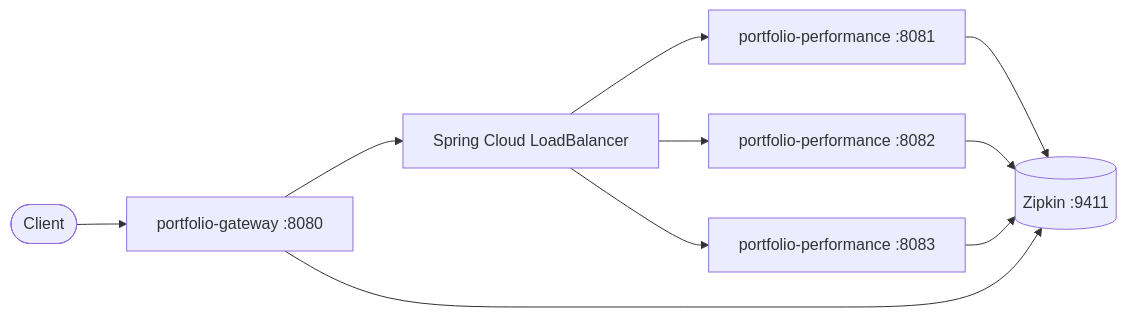
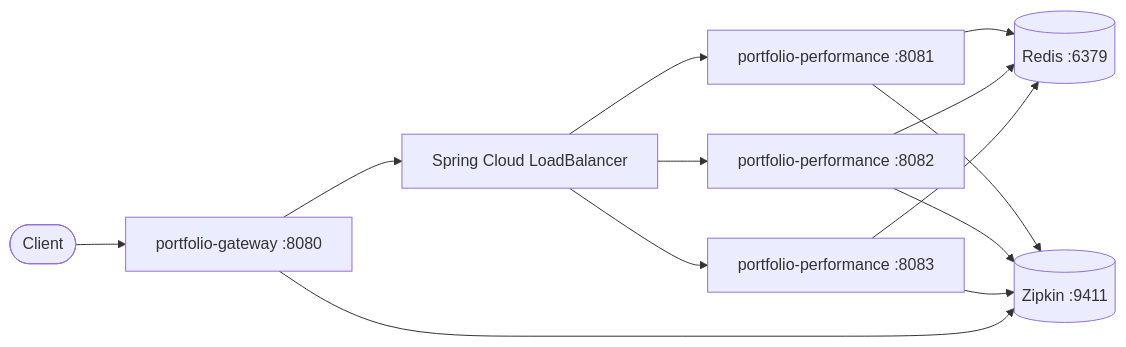
One commit to rameshvelurugit/Portfolio_project changed the diagram in README.md. Above: the diagram before and after it, drawn with Mermaid. The commit also changed other lines of this file and 21 other files, not shown here.

````diff
--- a/README.md
+++ b/README.md
@@ -11,12 +11,15 @@
 ```mermaid
 flowchart LR
     Client([Client]) --> GW[portfolio-gateway :8080]
     GW --> LB[Spring Cloud LoadBalancer]
     LB --> S1[portfolio-performance :8081]
     LB --> S2[portfolio-performance :8082]
     LB --> S3[portfolio-performance :8083]
+    S1 --> Redis[(Redis :6379)]
+    S2 --> Redis
+    S3 --> Redis
     S1 --> Zipkin[(Zipkin :9411)]
     S2 --> Zipkin
     S3 --> Zipkin
     GW --> Zipkin
 ```
````
